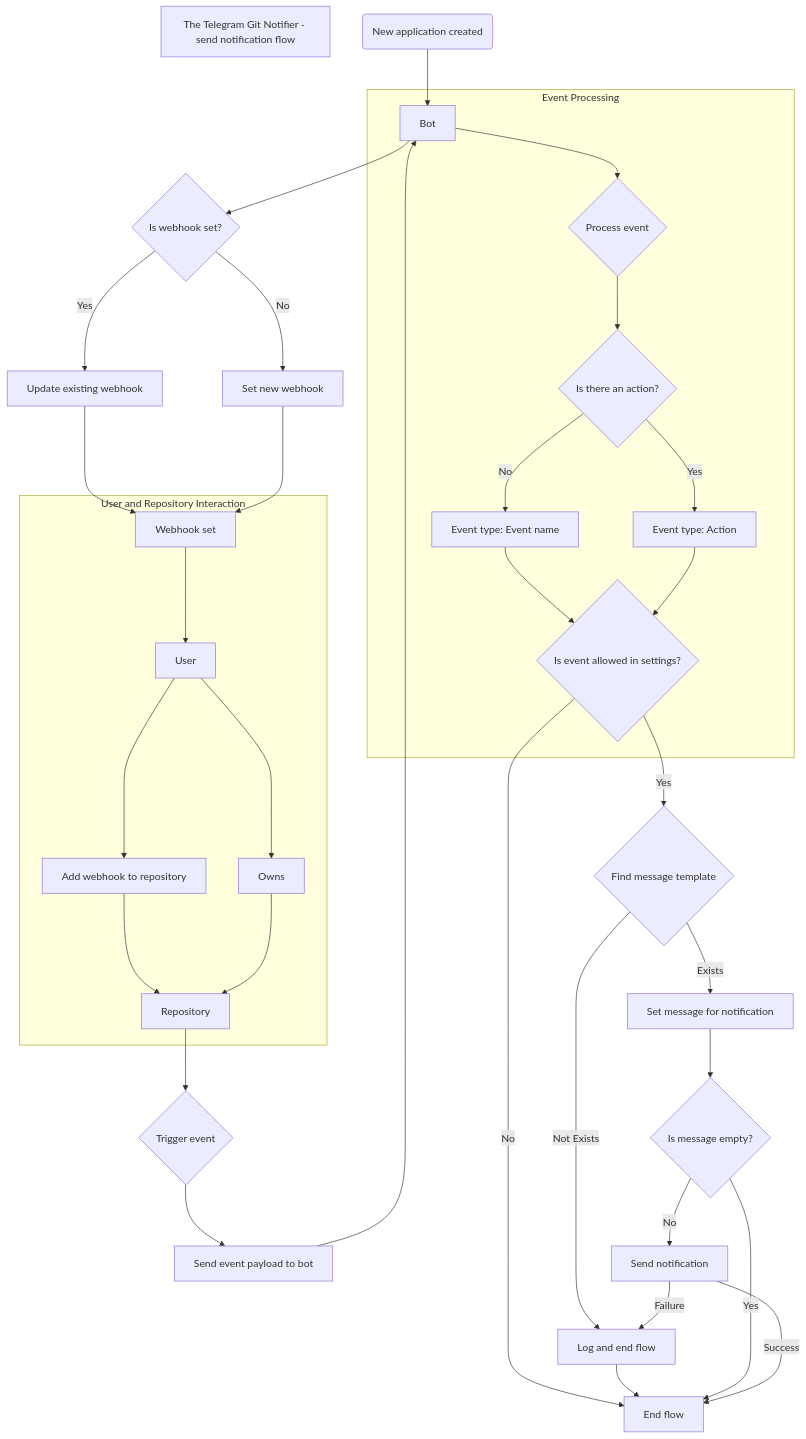
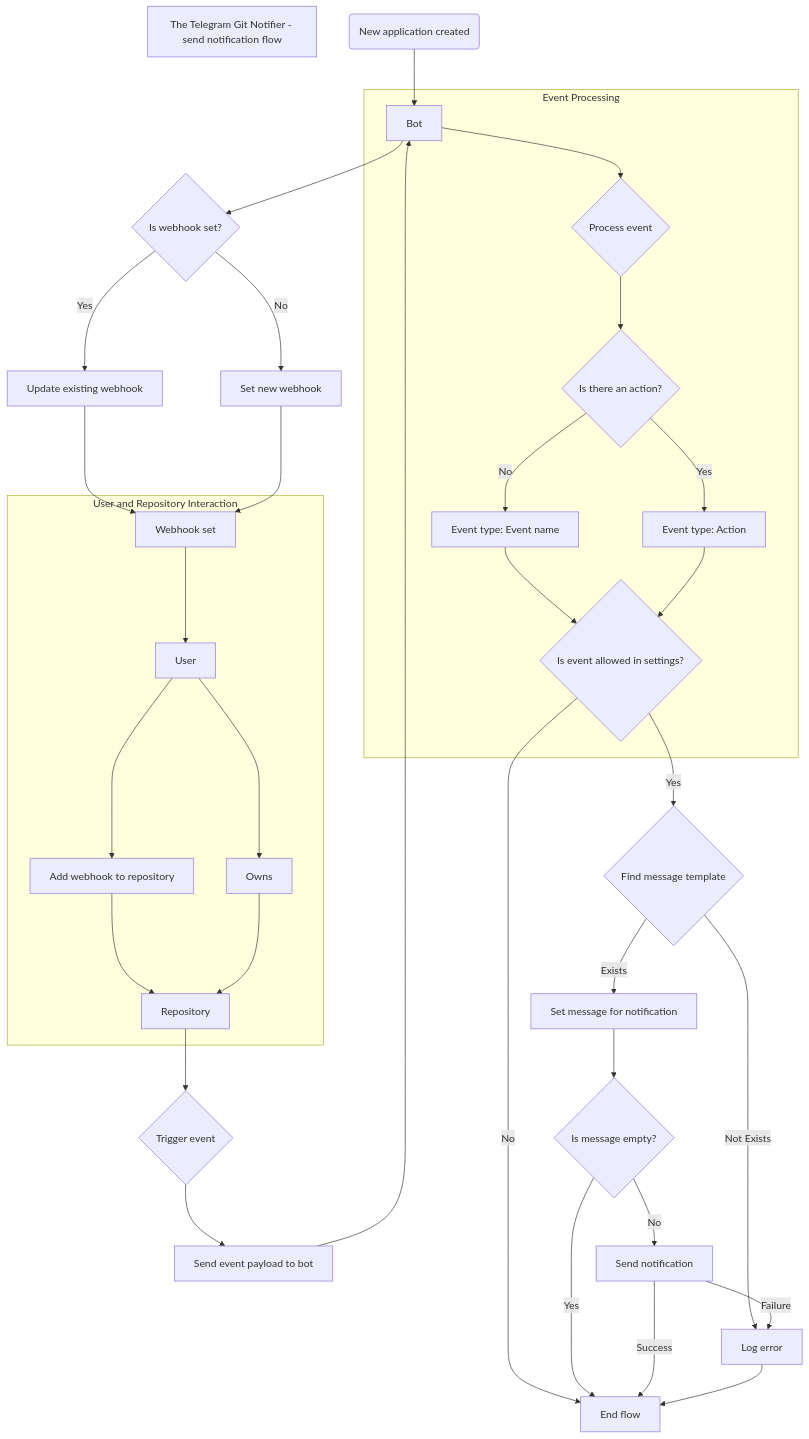
Before and after one commit to cslant/laravel-telegram-git-notifier: the second of 2 diagrams in docs/single/send-notification-flow.md, drawn with Mermaid. The commit also changed other lines of this file, not shown here.

Commit message:
docs: update flowchart for the send notification flow

````diff
--- a/docs/single/send-notification-flow.md
+++ b/docs/single/send-notification-flow.md
@@ -103,45 +107,44 @@
 ```mermaid
 flowchart TD
     title[The Telegram Git Notifier - send notification flow]
-
     application(New application created)
-    application-->bot[Bot created]
+    application --> bot[Bot created]
     bot[Bot]
-    bot-->webhookCheck{Is webhook set?}
-    webhookCheck-->|No|setNewWebhook[Set new webhook]
-    webhookCheck-->|Yes|updateWebhook[Update existing webhook]
-    updateWebhook-->webhook[Webhook updated]
-    setNewWebhook-->webhook[Webhook set]
+    bot --> webhookCheck{Is webhook set?}
+    webhookCheck -->|No| setNewWebhook[Set new webhook]
+    webhookCheck -->|Yes| updateWebhook[Update existing webhook]
+    updateWebhook --> webhook[Webhook updated]
+    setNewWebhook --> webhook[Webhook set]
 
     subgraph "User and Repository Interaction"
-        webhook-->user[User]
-        user-->addWebhookToRepo[Add webhook to repository]
-        addWebhookToRepo-->repository[Repository]
-        user-->ownsRepo[Owns]
-        ownsRepo-->repository
+        webhook --> user[User]
+        user --> addWebhookToRepo[Add webhook to repository]
+        addWebhookToRepo --> repository[Repository]
+        user --> ownsRepo[Owns]
+        ownsRepo --> repository
     end
 
-    repository-->triggerEvent{Trigger event}
-    triggerEvent-->sendPayload[Send event payload to bot]
-    sendPayload-->bot
-    
+    repository --> triggerEvent{Trigger event}
+    triggerEvent --> sendPayload[Send event payload to bot]
+    sendPayload --> bot
+
     subgraph "Event Processing"
-        bot-->processEvent{Process event}
-        processEvent-->checkAction{Is there an action?}
-        checkAction-->|Yes|actionMessage[Event type: Action]
-        checkAction-->|No|eventNameMessage[Event type: Event name]
-        eventNameMessage-->checkSettings{Is event allowed in settings?}
-        actionMessage-->checkSettings
+        bot --> processEvent{Process event}
+        processEvent --> checkAction{Is there an action?}
+        checkAction -->|Yes| actionMessage[Event type: Action]
+        checkAction -->|No| eventNameMessage[Event type: Event name]
+        eventNameMessage --> checkSettings{Is event allowed in settings?}
+        actionMessage --> checkSettings
     end
-    
-    checkSettings-->|Yes|findTemplate{Find message template}
-    checkSettings-->|No|endFlow[End flow]
-    findTemplate-->|Exists|setMessage[Set message for notification]
-    findTemplate-->|Not Exists|logAndEndFlow[Log and end flow]
-    logAndEndFlow-->endFlow
-    setMessage-->checkMessage{Is message empty?}
-    checkMessage-->|Yes|endFlow[End flow]
-    checkMessage-->|No|sendNotification[Send notification]
-    sendNotification-->|Success|endFlow[End flow]
-    sendNotification-->|Failure|logAndEndFlow[Log and end flow]
+
+    checkSettings -->|Yes| findTemplate{Find message template}
+    checkSettings -->|No| endFlow[End flow]
+    findTemplate -->|Exists| setMessage[Set message for notification]
+    findTemplate -->|Not Exists| log[Log error]
+    setMessage --> checkMessage{Is message empty?}
+    checkMessage -->|Yes| endFlow[End flow]
+    checkMessage -->|No| sendNotification[Send notification]
+    sendNotification -->|Success| endFlow[End flow]
+    sendNotification -->|Failure| log[Log error]
+    log --> endFlow
 ```
````
